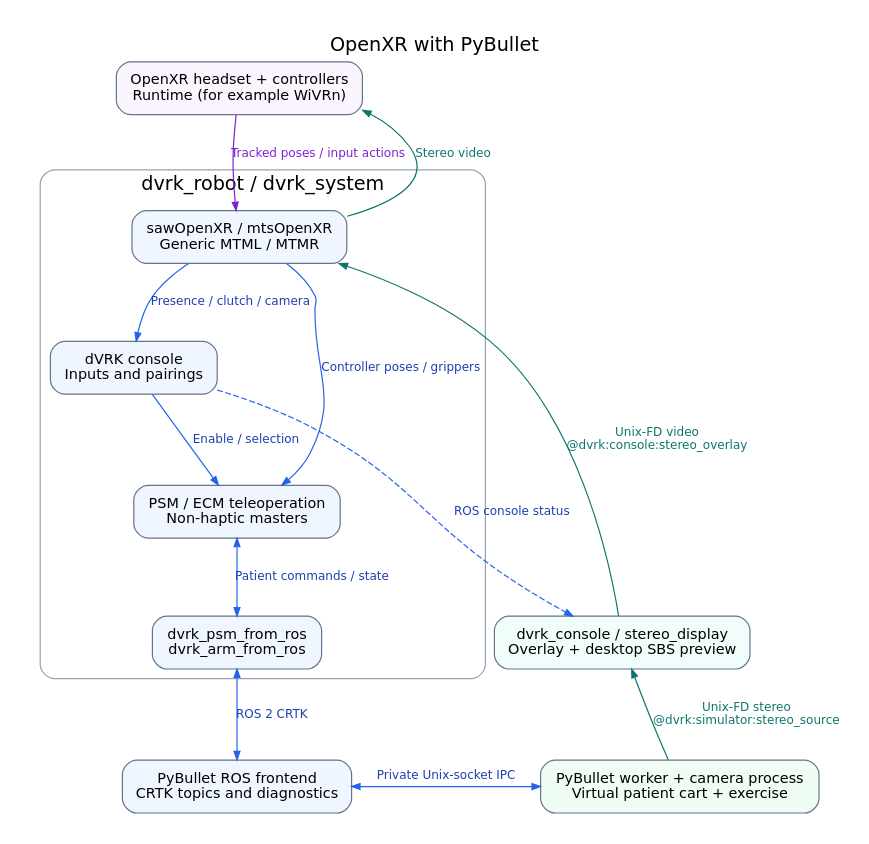
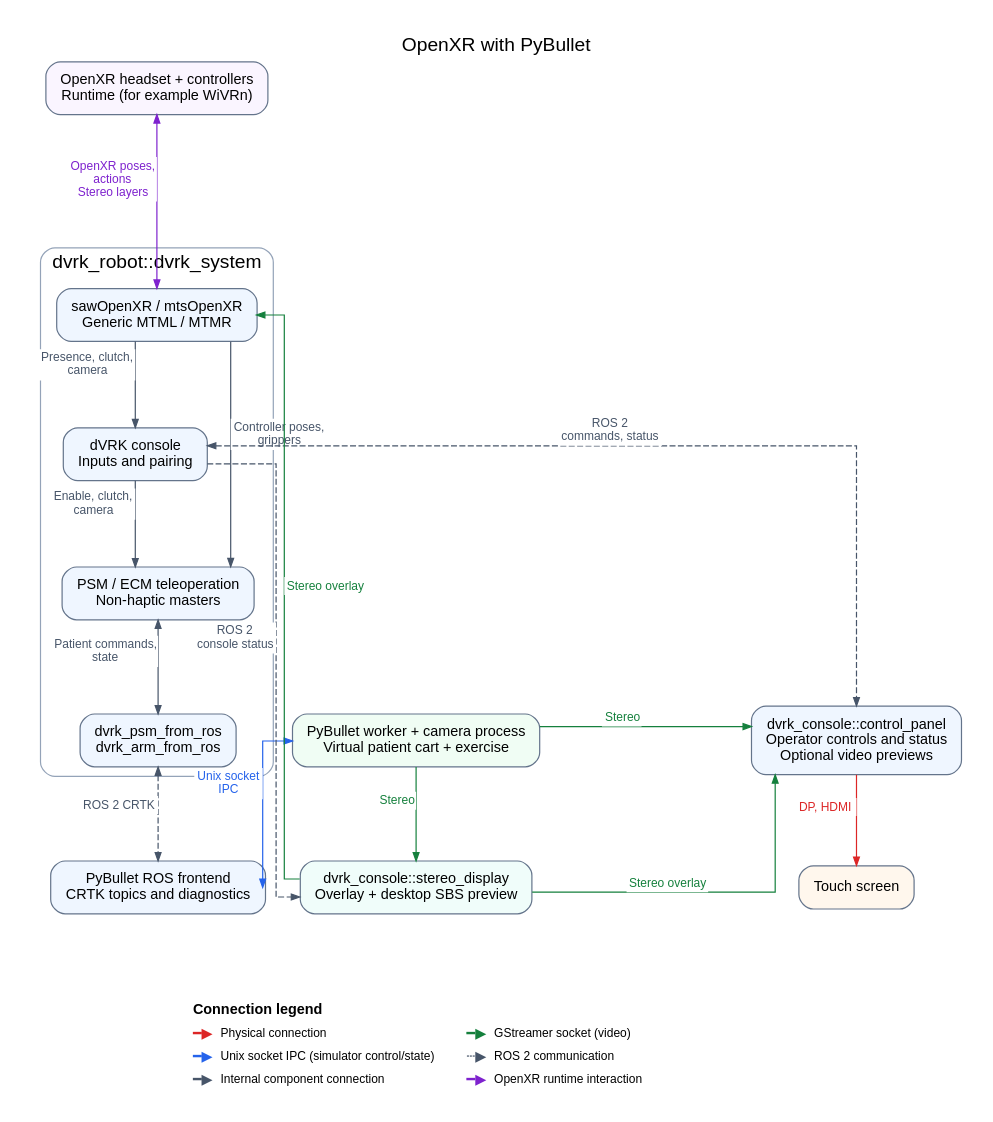
The diagram in docs/images/usage/openxr-pybullet.dot (jhu-dvrk/dvrk-readthedocs), drawn with Graphviz before and after one commit. The commit also changed 9 other files, not shown here.

Commit message:
updated graphs

```diff
--- a/docs/images/usage/openxr-pybullet.dot
+++ b/docs/images/usage/openxr-pybullet.dot
@@ -1,32 +1,71 @@
 digraph openxr_pybullet {
-  graph [rankdir=TB, newrank=true, bgcolor="white", pad=0.25, nodesep=0.6, ranksep=0.75,
-         fontname="DejaVu Sans", fontsize=16, label="OpenXR with PyBullet", labelloc=t];
+  graph [rankdir=TB, splines=ortho, newrank=true, bgcolor="white", pad=0.25, nodesep=0.4, ranksep=1.0,
+         fontname="Arial,Helvetica,sans-serif", fontsize=16, label="OpenXR with PyBullet", labelloc=t];
   node [shape=box, style="rounded,filled", fillcolor="#eff6ff", color="#64748b",
-        fontname="DejaVu Sans", fontsize=12, margin="0.16,0.12"];
-  edge [color="#2563eb", fontcolor="#1e40af", fontname="DejaVu Sans", fontsize=10, arrowsize=0.7];
+        fontname="Arial,Helvetica,sans-serif", fontsize=12, margin="0.16,0.12"];
+  edge [style=solid, color="#475569", fontcolor="#475569", fontname="Arial,Helvetica,sans-serif", fontsize=10, arrowsize=0.7];
 
-  headset [label="OpenXR headset + controllers\nRuntime (for example WiVRn)", fillcolor="#faf5ff"];
-  subgraph cluster_system {
-    label="dvrk_robot / dvrk_system"; color="#94a3b8"; style=rounded;
-    xr [label="sawOpenXR / mtsOpenXR\nGeneric MTML / MTMR"];
-    console [label="dVRK console\nInputs and pairings"];
-    teleop [label="PSM / ECM teleoperation\nNon-haptic masters"];
-    adapters [label="dvrk_psm_from_ros\ndvrk_arm_from_ros"];
-    xr -> console [label="Presence / clutch / camera"];
-    xr -> teleop [label="Controller poses / grippers"];
-    console -> teleop [label="Enable / selection"];
-    teleop -> adapters [dir=both, label="Patient commands / state"];
+  // Keep the three columns ordered; cross-column links never set ranks.
+  subgraph column_control {
+    label=""; style=invis;
+    headset [label="OpenXR headset + controllers\nRuntime (for example WiVRn)", fillcolor="#faf5ff", group="control"];
+    frontend [label="PyBullet ROS frontend\nCRTK topics and diagnostics", group="control"];
+    subgraph cluster_system {
+      label="dvrk_robot::dvrk_system"; color="#94a3b8"; style=rounded;
+      xr [label="sawOpenXR / mtsOpenXR\nGeneric MTML / MTMR", group="control"];
+      console [label="dVRK console\nInputs and pairing", group="control"];
+      teleop [label="PSM / ECM teleoperation\nNon-haptic masters", group="control"];
+      adapters [label="dvrk_psm_from_ros\ndvrk_arm_from_ros", group="control"];
+      xr -> console [xlabel=<<TABLE BORDER="0" CELLBORDER="0" CELLSPACING="0" CELLPADDING="2" BGCOLOR="white"><TR><TD>Presence, clutch,<BR/>camera</TD></TR></TABLE>>];
+      xr -> teleop [xlabel=<<TABLE BORDER="0" CELLBORDER="0" CELLSPACING="0" CELLPADDING="2" BGCOLOR="white"><TR><TD>Controller poses,<BR/>grippers</TD></TR></TABLE>>];
+      console -> teleop [xlabel=<<TABLE BORDER="0" CELLBORDER="0" CELLSPACING="0" CELLPADDING="2" BGCOLOR="white"><TR><TD>Enable, clutch,<BR/>camera</TD></TR></TABLE>>];
+      teleop -> adapters [dir=both, xlabel=<<TABLE BORDER="0" CELLBORDER="0" CELLSPACING="0" CELLPADDING="2" BGCOLOR="white"><TR><TD>Patient commands,<BR/>state</TD></TR></TABLE>>];
+    }
   }
-  frontend [label="PyBullet ROS frontend\nCRTK topics and diagnostics"];
-  worker [label="PyBullet worker + camera process\nVirtual patient cart + exercise", fillcolor="#f0fdf4"];
-  display [label="dvrk_console / stereo_display\nOverlay + desktop SBS preview", fillcolor="#f0fdfa"];
-  headset -> xr [label="Tracked poses / input actions", color="#7e22ce", fontcolor="#7e22ce"];
-  adapters -> frontend [dir=both, label="ROS 2 CRTK"];
-  frontend -> worker [dir=both, label="Private Unix-socket IPC"];
-  worker -> display [label="Unix-FD stereo\n@dvrk:simulator:stereo_source", color="#0f766e", fontcolor="#0f766e", constraint=false];
-  console -> display [label="ROS console status", style=dashed, constraint=false];
-  display -> xr [label="Unix-FD video\n@dvrk:console:stereo_overlay", color="#0f766e", fontcolor="#0f766e", constraint=false];
-  xr -> headset [label="Stereo video", color="#0f766e", fontcolor="#0f766e", constraint=false];
-  {rank=same; adapters; display;}
-  {rank=same; frontend; worker;}
+  subgraph column_video {
+    label=""; style=invis;
+    worker [label="PyBullet worker + camera process\nVirtual patient cart + exercise", fillcolor="#f0fdf4", group="video"];
+    display [label="dvrk_console::stereo_display\nOverlay + desktop SBS preview", fillcolor="#f0fdfa", group="video"];
+  }
+  subgraph column_panel {
+    label=""; style=invis;
+    control_panel [label="dvrk_console::control_panel\nOperator controls and status\nOptional video previews", group="panel"];
+    touchscreen [label="Touch screen", fillcolor="#fff7ed", group="panel"];
+  }
+
+  headset -> xr [dir=both, xlabel=<<TABLE BORDER="0" CELLBORDER="0" CELLSPACING="0" CELLPADDING="2" BGCOLOR="white"><TR><TD>OpenXR poses,<BR/>actions<BR/>Stereo layers</TD></TR></TABLE>>, color="#7e22ce", fontcolor="#7e22ce", minlen=2];
+  adapters -> frontend [dir=both, xlabel=<<TABLE BORDER="0" CELLBORDER="0" CELLSPACING="0" CELLPADDING="2" BGCOLOR="white"><TR><TD>ROS 2 CRTK</TD></TR></TABLE>>, style=dashed];
+  frontend:e -> worker:w [dir=both, xlabel=<<TABLE BORDER="0" CELLBORDER="0" CELLSPACING="0" CELLPADDING="2" BGCOLOR="white"><TR><TD>Unix socket<BR/>IPC</TD></TR></TABLE>>, color="#2563eb", fontcolor="#2563eb", constraint=false];
+  worker -> display [xlabel=<<TABLE BORDER="0" CELLBORDER="0" CELLSPACING="0" CELLPADDING="2" BGCOLOR="white"><TR><TD>Stereo</TD></TR></TABLE>>, color="#15803d", fontcolor="#15803d"];
+  console -> control_panel [dir=both, xlabel=<<TABLE BORDER="0" CELLBORDER="0" CELLSPACING="0" CELLPADDING="2" BGCOLOR="white"><TR><TD>ROS 2<BR/>commands, status</TD></TR></TABLE>>, style=dashed, constraint=false];
+  worker -> control_panel [xlabel=<<TABLE BORDER="0" CELLBORDER="0" CELLSPACING="0" CELLPADDING="2" BGCOLOR="white"><TR><TD>Stereo</TD></TR></TABLE>>, color="#15803d", fontcolor="#15803d", constraint=false];
+  display -> control_panel [xlabel=<<TABLE BORDER="0" CELLBORDER="0" CELLSPACING="0" CELLPADDING="2" BGCOLOR="white"><TR><TD>Stereo overlay</TD></TR></TABLE>>, color="#15803d", fontcolor="#15803d", constraint=false];
+  control_panel -> touchscreen [xlabel=<<TABLE BORDER="0" CELLBORDER="0" CELLSPACING="0" CELLPADDING="2" BGCOLOR="white"><TR><TD>DP, HDMI</TD></TR></TABLE>>, color="#dc2626", fontcolor="#dc2626"];
+
+
+  console:e -> display:w [xlabel=<<TABLE BORDER="0" CELLBORDER="0" CELLSPACING="0" CELLPADDING="2" BGCOLOR="white"><TR><TD>ROS 2<BR/>console status</TD></TR></TABLE>>, style=dashed, constraint=false];
+  display:w -> xr:e [xlabel=<<TABLE BORDER="0" CELLBORDER="0" CELLSPACING="0" CELLPADDING="2" BGCOLOR="white"><TR><TD>Stereo overlay</TD></TR></TABLE>>, color="#15803d", fontcolor="#15803d", constraint=false];
+
+  // Align the implicit columns at their bottom nodes.
+  {rank=same; frontend; display; touchscreen;}
+  column_order [shape=point, width=0, height=0, label="", style=invis, ordering=out];
+  column_order -> frontend [style=invis];
+  column_order -> display [style=invis];
+  column_order -> touchscreen [style=invis];
+
+  // Keep this legend consistent with readme-dot.md; include only types used above.
+  subgraph legend_rank {
+    rank=sink;
+    legend [shape=plain, style="", margin=0, label=<
+      <TABLE BORDER="0" CELLBORDER="0" CELLSPACING="0" CELLPADDING="3">
+        <TR><TD COLSPAN="5" ALIGN="LEFT"><B>Connection legend</B></TD></TR>
+        <TR><TD><FONT COLOR="#dc2626">━▶</FONT></TD><TD ALIGN="LEFT"><FONT POINT-SIZE="10">Physical connection</FONT></TD><TD WIDTH="20"></TD><TD><FONT COLOR="#15803d">━▶</FONT></TD><TD ALIGN="LEFT"><FONT POINT-SIZE="10">GStreamer socket (video)</FONT></TD></TR>
+        <TR><TD><FONT COLOR="#2563eb">━▶</FONT></TD><TD ALIGN="LEFT"><FONT POINT-SIZE="10">Unix socket IPC (simulator control/state)</FONT></TD><TD WIDTH="20"></TD><TD><FONT COLOR="#475569">┄▶</FONT></TD><TD ALIGN="LEFT"><FONT POINT-SIZE="10">ROS 2 communication</FONT></TD></TR>
+        <TR><TD><FONT COLOR="#475569">━▶</FONT></TD><TD ALIGN="LEFT"><FONT POINT-SIZE="10">Internal component connection</FONT></TD><TD WIDTH="20"></TD><TD><FONT COLOR="#7e22ce">━▶</FONT></TD><TD ALIGN="LEFT"><FONT POINT-SIZE="10">OpenXR runtime interaction</FONT></TD></TR>
+      </TABLE>
+    >];
+  }
+  frontend -> legend [style=invis];
+  display -> legend [style=invis];
+  touchscreen -> legend [style=invis];
 }
```
